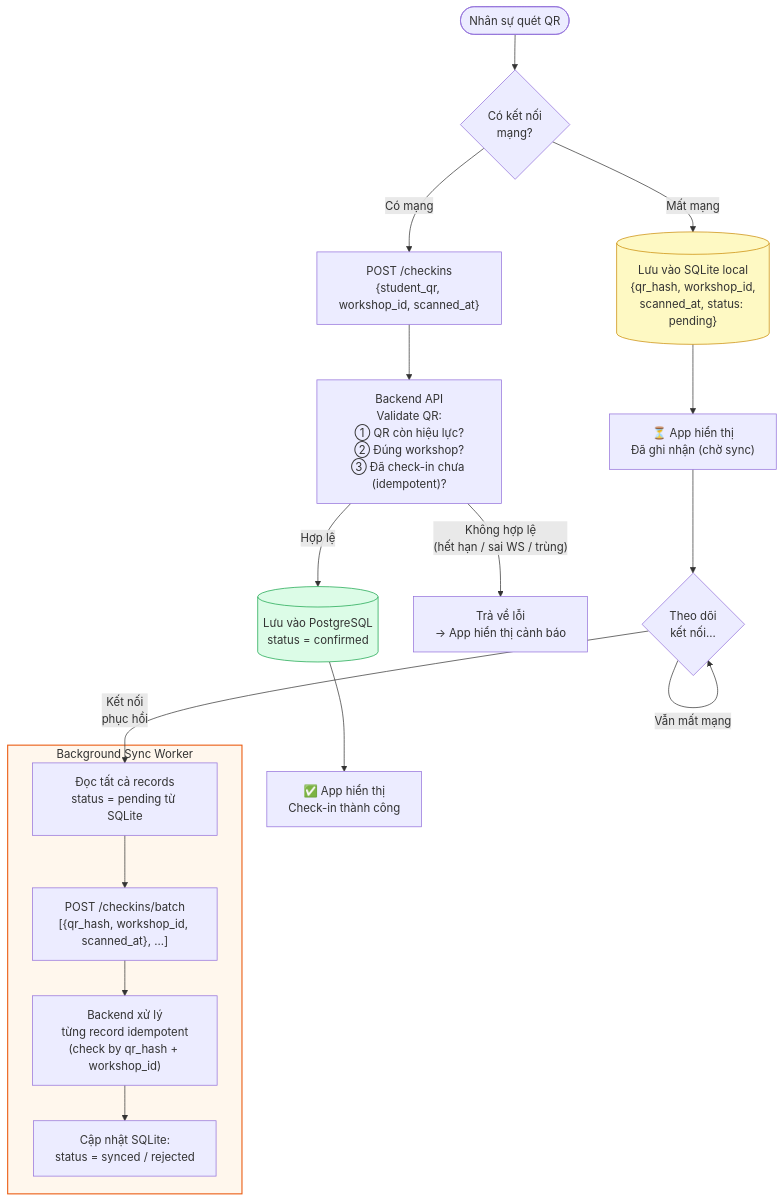
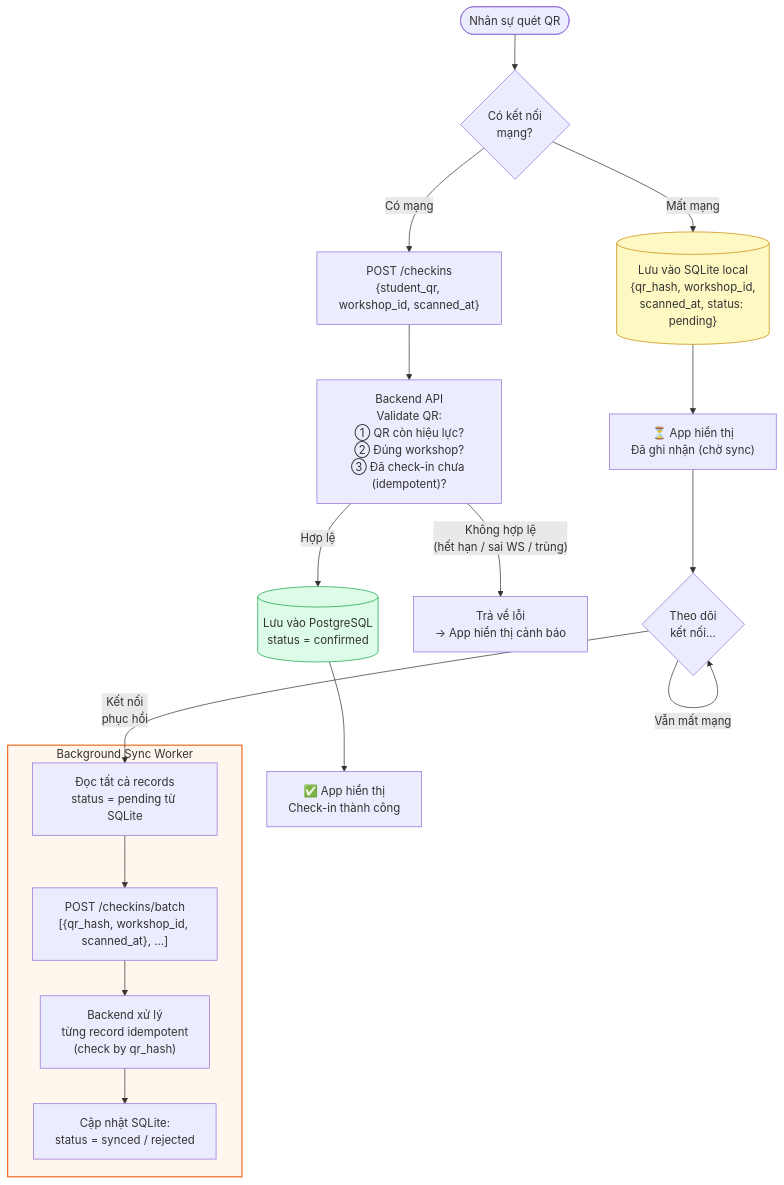
One commit to tqthienda1/UniHub changed the seventh of 7 diagrams in blueprint/design.md. Above: the diagram before and after it, drawn with Mermaid. The commit also changed other lines of this file and 1 other file, not shown here.

````diff
--- a/blueprint/design.md
+++ b/blueprint/design.md
@@ -443,28 +447,28 @@
 ```mermaid
-flowchart TD
-    START([Nhân sự quét QR]) --> CHECK_NET{Có kết nối\nmạng?}
+    flowchart TD
+        START([Nhân sự quét QR]) --> CHECK_NET{Có kết nối\nmạng?}
 
-    CHECK_NET -- "Có mạng" --> POST_API["POST /checkins\n{student_qr, workshop_id, scanned_at}"]
-    POST_API --> VALIDATE["Backend API\nValidate QR:\n① QR còn hiệu lực?\n② Đúng workshop?\n③ Đã check-in chưa (idempotent)?"]
-    VALIDATE -- "Hợp lệ" --> SAVE_DB[("Lưu vào PostgreSQL\nstatus = confirmed")]
-    VALIDATE -- "Không hợp lệ\n(hết hạn / sai WS / trùng)" --> REJECT["Trả về lỗi\n→ App hiển thị cảnh báo"]
-    SAVE_DB --> SHOW_OK["✅ App hiển thị\nCheck-in thành công"]
+        CHECK_NET -- "Có mạng" --> POST_API["POST /checkins\n{student_qr, workshop_id, scanned_at}"]
+        POST_API --> VALIDATE["Backend API\nValidate QR:\n① QR còn hiệu lực?\n② Đúng workshop?\n③ Đã check-in chưa (idempotent)?"]
+        VALIDATE -- "Hợp lệ" --> SAVE_DB[("Lưu vào PostgreSQL\nstatus = confirmed")]
+        VALIDATE -- "Không hợp lệ\n(hết hạn / sai WS / trùng)" --> REJECT["Trả về lỗi\n→ App hiển thị cảnh báo"]
+        SAVE_DB --> SHOW_OK["✅ App hiển thị\nCheck-in thành công"]
 
-    CHECK_NET -- "Mất mạng" --> SAVE_LOCAL[("Lưu vào SQLite local\n{qr_hash, workshop_id,\nscanned_at, status: pending}")]
-    SAVE_LOCAL --> SHOW_PENDING["⏳ App hiển thị\nĐã ghi nhận (chờ sync)"]
+        CHECK_NET -- "Mất mạng" --> SAVE_LOCAL[("Lưu vào SQLite local\n{qr_hash, workshop_id,\nscanned_at, status: pending}")]
+        SAVE_LOCAL --> SHOW_PENDING["⏳ App hiển thị\nĐã ghi nhận (chờ sync)"]
 
-    SHOW_PENDING --> WATCH_NET{Theo dõi\nkết nối...}
-    WATCH_NET -- "Vẫn mất mạng" --> WATCH_NET
-    WATCH_NET -- "Kết nối\nphục hồi" --> SYNC_JOB
+        SHOW_PENDING --> WATCH_NET{Theo dõi\nkết nối...}
+        WATCH_NET -- "Vẫn mất mạng" --> WATCH_NET
+        WATCH_NET -- "Kết nối\nphục hồi" --> SYNC_JOB
 
-    subgraph SYNC["Background Sync Worker"]
-        SYNC_JOB["Đọc tất cả records\nstatus = pending từ SQLite"]
-        SYNC_JOB --> BATCH_POST["POST /checkins/batch\n[{qr_hash, workshop_id, scanned_at}, ...]"]
-        BATCH_POST --> PROCESS["Backend xử lý\ntừng record idempotent\n(check by qr_hash + workshop_id)"]
-        PROCESS --> UPDATE_LOCAL["Cập nhật SQLite:\nstatus = synced / rejected"]
-    end
+        subgraph SYNC["Background Sync Worker"]
+            SYNC_JOB["Đọc tất cả records\nstatus = pending từ SQLite"]
+            SYNC_JOB --> BATCH_POST["POST /checkins/batch\n[{qr_hash, workshop_id, scanned_at}, ...]"]
+            BATCH_POST --> PROCESS["Backend xử lý\ntừng record idempotent\n(check by qr_hash)"]
+            PROCESS --> UPDATE_LOCAL["Cập nhật SQLite:\nstatus = synced / rejected"]
+        end
 
-    style SYNC fill:#fff7ed,stroke:#ea580c,stroke-width:1.5px
-    style SAVE_LOCAL fill:#fef9c3,stroke:#ca8a04
-    style SAVE_DB fill:#dcfce7,stroke:#16a34a
+        style SYNC fill:#fff7ed,stroke:#ea580c,stroke-width:1.5px
+        style SAVE_LOCAL fill:#fef9c3,stroke:#ca8a04
+        style SAVE_DB fill:#dcfce7,stroke:#16a34a
 ```
````
